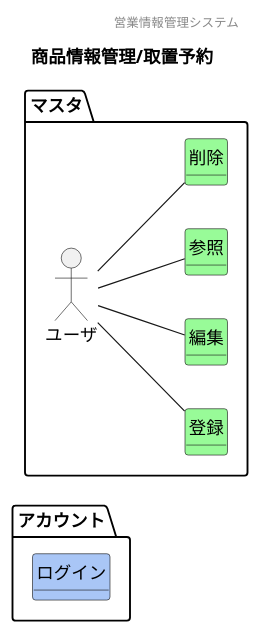
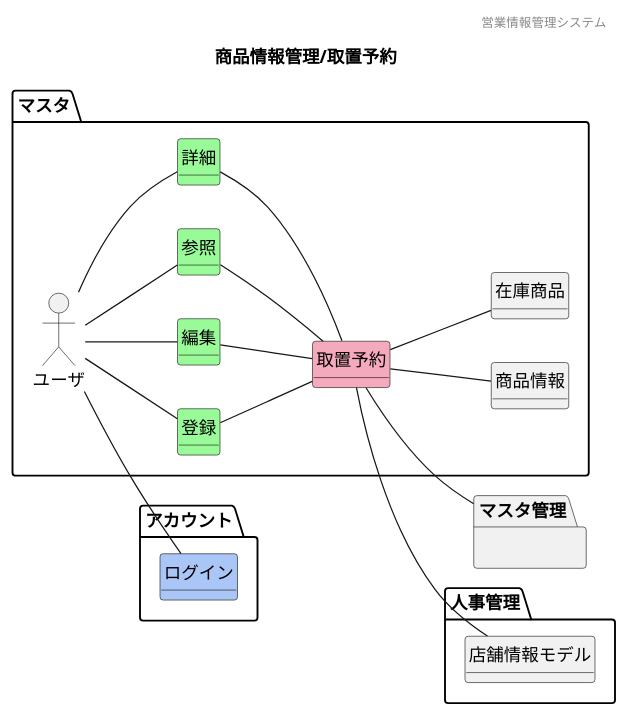
The diagram in 各種設計書/1ドメインモデル図/商品情報管理/F09取置予約.plantuml (HaruShim/Sotuken), drawn with PlantUML before and after one commit. The commit also changed 13 other files, not shown here.

```diff
--- a/各種設計書/1ドメインモデル図/商品情報管理/F09取置予約.plantuml
+++ b/各種設計書/1ドメインモデル図/商品情報管理/F09取置予約.plantuml
@@ -1,38 +1,57 @@
 @startuml images/商品情報管理/取置予約
 ' ヘッダー
 header 営業情報管理システム
 ' タイトル
 title 商品情報管理/取置予約
 ' 
 hide circle
 ' 
 hide method
 left to right direction
 
 package "アカウント"{
     class "ログイン" #A9C6F6
 }
 
 package "マスタ" {
     'ユーザや外部システム
     mix_actor "ユーザ"
     class "登録" #98fb98
     class "編集" #98fb98
     class "参照" #98fb98
-    class "削除" #98fb98
+    class "詳細" #98fb98
+    class "取置予約" #F5A9BC
+    class "商品情報" 
+    class "在庫商品" 
+}
+    package 人事管理{
+        class "店舗情報モデル" 
+    }
+    package "マスタ管理"{
+        }
+
+
     ' class "" #F5A9BC
     ' class "" #ffd700
 
     'モデル同士の関係
     ユーザ -- 参照
     ユーザ -- 登録
     ユーザ -- 編集
-    ユーザ -- 削除
+    ユーザ -- 詳細
+    ユーザ -- ログイン
+    参照 -- 取置予約
+    登録 -- 取置予約
+    編集 -- 取置予約
+    詳細 -- 取置予約
+    取置予約 -- 商品情報
+    取置予約-- 在庫商品
+    取置予約 -down- 店舗情報モデル
+    取置予約-down- マスタ管理
 
     'ドメインクラスの属性
 
-}
 
 
 
 @enduml
```
